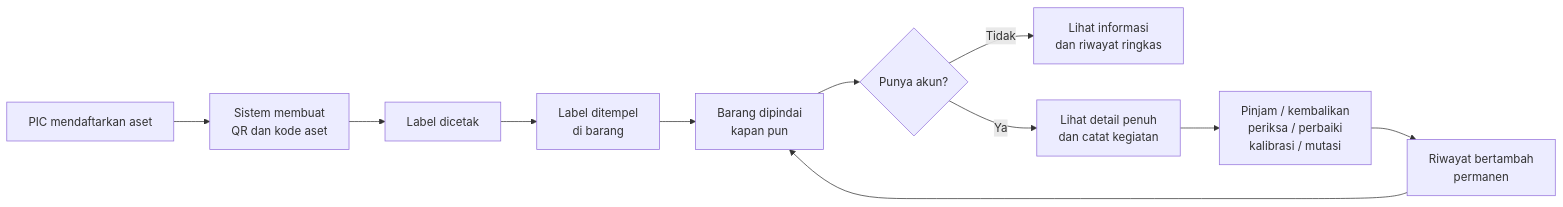
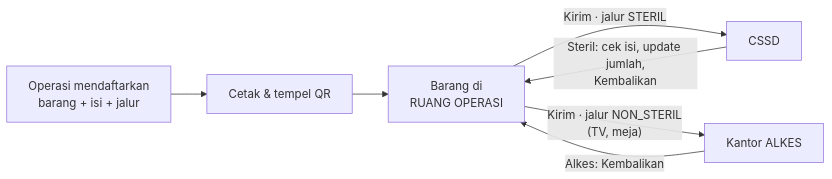
The first of 3 diagrams in docs/05-user-flows.md (mferdinandr/inventory-management), drawn with Mermaid before and after one commit. The commit also changed other lines of this file and 1 other file, not shown here.

First line of the commit message:
docs: rewrite PRD and user flows for two routes and 4 roles

````diff
--- a/docs/05-user-flows.md
+++ b/docs/05-user-flows.md
@@ -9,13 +5,9 @@
 ```mermaid
 flowchart LR
-    A["PIC mendaftarkan aset"] --> B["Sistem membuat<br/>QR dan kode aset"]
-    B --> C["Label dicetak"]
-    C --> D["Label ditempel<br/>di barang"]
-    D --> E["Barang dipindai<br/>kapan pun"]
-    E --> F{"Punya akun?"}
-    F -->|Tidak| G["Lihat informasi<br/>dan riwayat ringkas"]
-    F -->|Ya| H["Lihat detail penuh<br/>dan catat kegiatan"]
-    H --> I["Pinjam / kembalikan<br/>periksa / perbaiki<br/>kalibrasi / mutasi"]
-    I --> J["Riwayat bertambah<br/>permanen"]
-    J --> E
+    A["Operasi mendaftarkan<br/>barang + isi + jalur"] --> B["Cetak & tempel QR"]
+    B --> C["Barang di<br/>RUANG OPERASI"]
+    C -->|"Kirim · jalur STERIL"| D["CSSD"]
+    D -->|"Steril: cek isi, update jumlah,<br/>Kembalikan"| C
+    C -->|"Kirim · jalur NON_STERIL<br/>(TV, meja)"| F["Kantor ALKES"]
+    F -->|"Alkes: Kembalikan"| C
 ```
````
